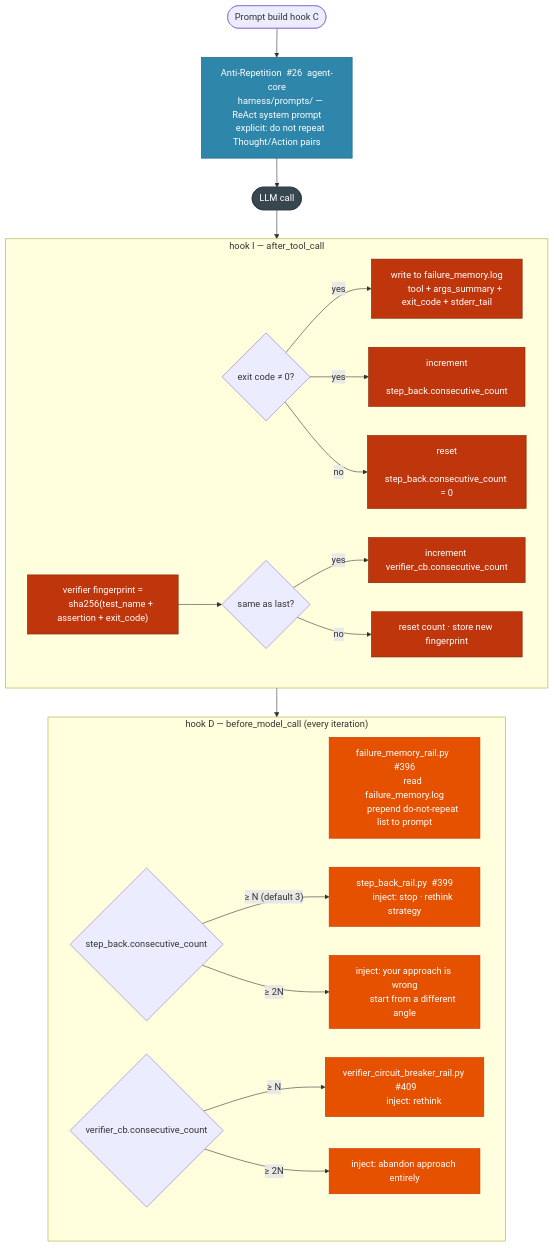
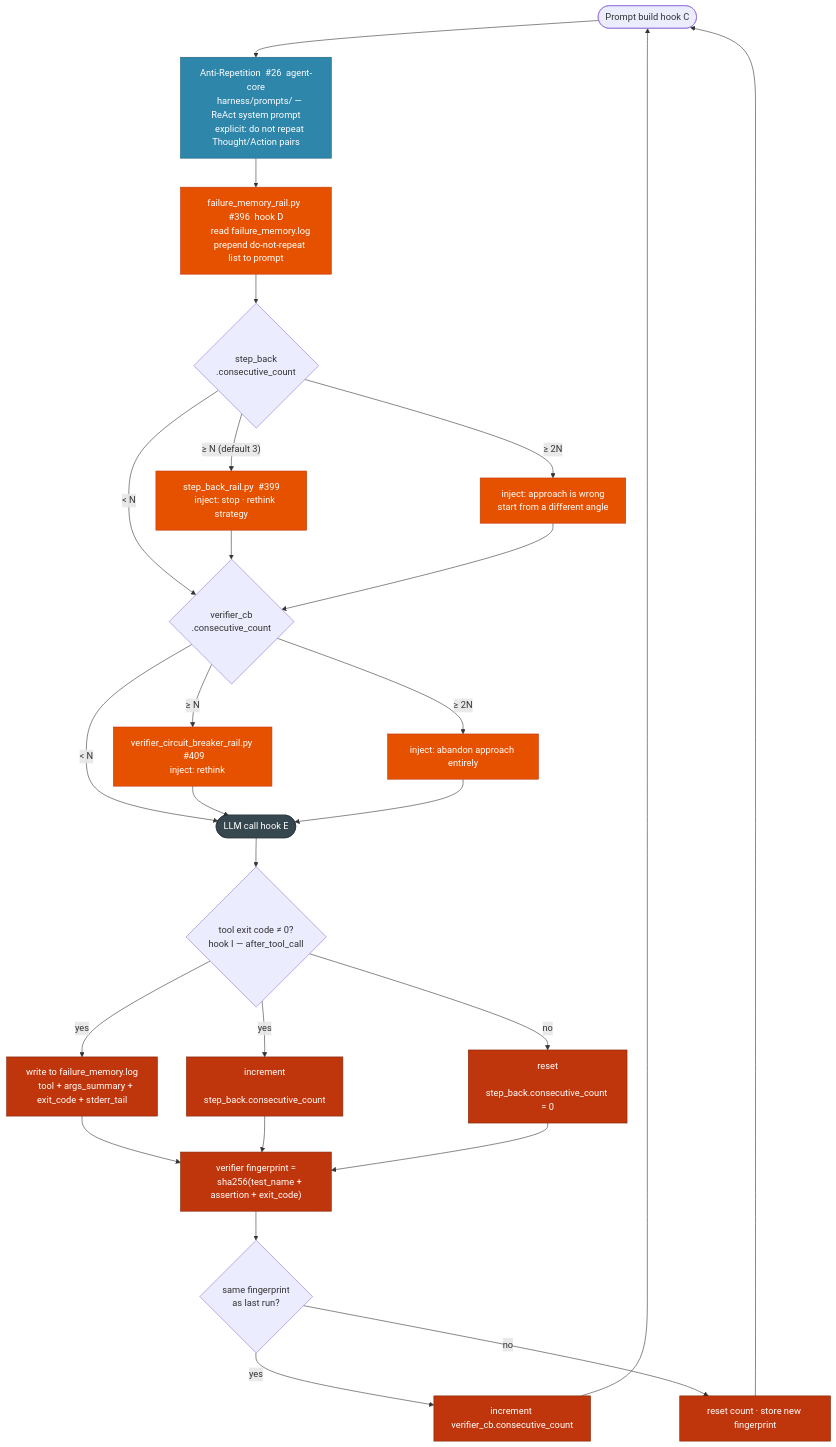
The fifth of 8 diagrams in docs-michael/Implementation.Overview.md (michaelatamuk/openjiuwen-jiuwenswarm), drawn with Mermaid before and after one commit. The commit also changed other lines of this file, not shown here.

````diff
--- a/docs-michael/Implementation.Overview.md
+++ b/docs-michael/Implementation.Overview.md
@@ -417,51 +515,56 @@
 ```mermaid
 flowchart TD
     classDef ac   fill:#2E86AB,color:#fff,stroke:#1a5f7a
     classDef pre  fill:#E65100,color:#fff,stroke:#BF360C
     classDef post fill:#BF360C,color:#fff,stroke:#7f2407
     classDef io   fill:#37474F,color:#fff,stroke:#263238
 
     PROMPT(["Prompt build  hook C"])
 
     PROMPT --> AR["Anti-Repetition  #26  agent-core
     harness/prompts/ — ReAct system prompt
     explicit: do not repeat Thought/Action pairs"]:::ac
 
-    AR --> LLM(["LLM call"]):::io
+    AR --> DMEM["failure_memory_rail.py  #396  hook D
+    read failure_memory.log
+    prepend do-not-repeat list to prompt"]:::pre
 
-    subgraph PreLLM["hook D — before_model_call (every iteration)"]
-        FM_R["failure_memory_rail.py  #396
-        read failure_memory.log
-        prepend do-not-repeat list to prompt"]:::pre
+    DMEM --> SB_CHK{"step_back
+    .consecutive_count"}
 
-        SB_CHK{"step_back.consecutive_count"}
-        SB_CHK -->|"≥ N (default 3)"| SB1["step_back_rail.py  #399
-        inject: stop · rethink strategy"]:::pre
-        SB_CHK -->|"≥ 2N"| SB2["inject: your approach is wrong
-        start from a different angle"]:::pre
+    SB_CHK -->|"< N"| VCB_CHK
+    SB_CHK -->|"≥ N (default 3)"| SB1["step_back_rail.py  #399
+    inject: stop · rethink strategy"]:::pre
+    SB_CHK -->|"≥ 2N"| SB2["inject: approach is wrong
+    start from a different angle"]:::pre
 
-        VCB_CHK{"verifier_cb.consecutive_count"}
-        VCB_CHK -->|"≥ N"| VCB1["verifier_circuit_breaker_rail.py  #409
-        inject: rethink"]:::pre
-        VCB_CHK -->|"≥ 2N"| VCB2["inject: abandon approach entirely"]:::pre
-    end
+    SB1 & SB2 --> VCB_CHK{"verifier_cb
+    .consecutive_count"}
 
-    subgraph PostTool["hook I — after_tool_call"]
-        NONZERO{"exit code ≠ 0?"}
-        NONZERO -->|"yes"| FM_W["write to failure_memory.log
-        tool + args_summary + exit_code + stderr_tail"]:::post
-        NONZERO -->|"yes"| SB_INC["increment
-        step_back.consecutive_count"]:::post
-        NONZERO -->|"no"| SB_RST["reset
-        step_back.consecutive_count = 0"]:::post
+    VCB_CHK -->|"< N"| LLM
+    VCB_CHK -->|"≥ N"| VCB1["verifier_circuit_breaker_rail.py  #409
+    inject: rethink"]:::pre
+    VCB_CHK -->|"≥ 2N"| VCB2["inject: abandon approach entirely"]:::pre
 
-        VER_FP["verifier fingerprint =
-        sha256(test_name + assertion + exit_code)"]:::post
-        VER_FP --> SAME{"same as last?"}
-        SAME -->|"yes"| VCB_INC["increment verifier_cb.consecutive_count"]:::post
-        SAME -->|"no"| VCB_RST["reset count · store new fingerprint"]:::post
-    end
+    VCB1 & VCB2 --> LLM(["LLM call  hook E"]):::io
 
-    LLM --> PostTool
-    PostTool --> PreLLM
+    LLM --> NONZERO{"tool exit code ≠ 0?
+    hook I — after_tool_call"}
+
+    NONZERO -->|"yes"| FM_W["write to failure_memory.log
+    tool + args_summary + exit_code + stderr_tail"]:::post
+    NONZERO -->|"yes"| SB_INC["increment
+    step_back.consecutive_count"]:::post
+    NONZERO -->|"no"| SB_RST["reset
+    step_back.consecutive_count = 0"]:::post
+
+    FM_W & SB_INC & SB_RST --> VER_FP["verifier fingerprint =
+    sha256(test_name + assertion + exit_code)"]:::post
+
+    VER_FP --> SAME{"same fingerprint
+    as last run?"}
+    SAME -->|"yes"| VCB_INC["increment verifier_cb.consecutive_count"]:::post
+    SAME -->|"no"| VCB_RST["reset count · store new fingerprint"]:::post
+
+    VCB_INC & VCB_RST --> PROMPT
 ```
````
